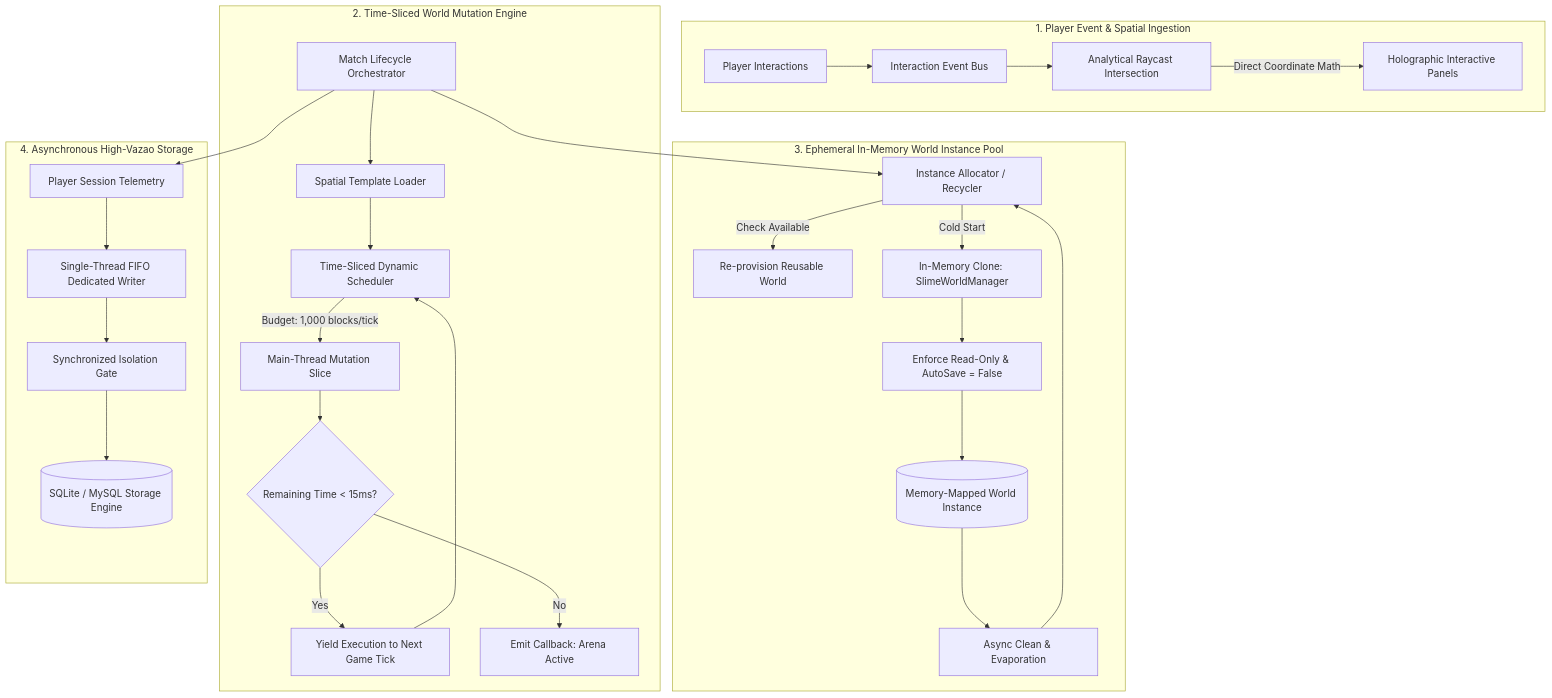
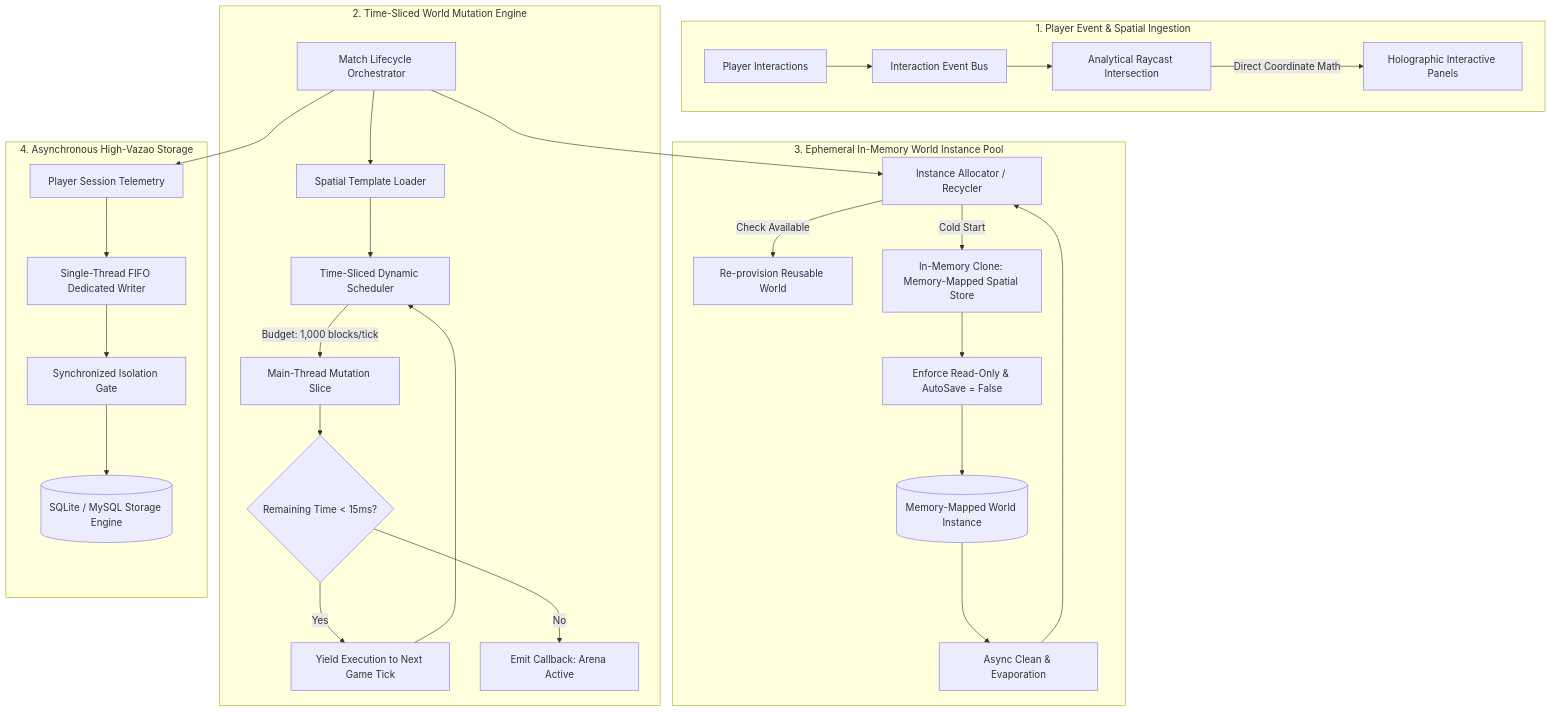
The diagram in README.md (MarcosKauanS/spatial-mutation-runtime), drawn with Mermaid before and after one commit. The commit also changed other lines of this file and 1 other file, not shown here.

````diff
--- a/README.md
+++ b/README.md
@@ -35,35 +35,35 @@
 ```mermaid
 flowchart TD
     subgraph ClientLayer["1. Player Event & Spatial Ingestion"]
         P1[Player Interactions] --> INPUT[Interaction Event Bus]
         INPUT --> RAY[Analytical Raycast Intersection]
         RAY -->|Direct Coordinate Math| GEOM[Holographic Interactive Panels]
     end
 
     subgraph MutationEngine["2. Time-Sliced World Mutation Engine"]
         MATCH[Match Lifecycle Orchestrator] --> SPRINT[Spatial Template Loader]
         SPRINT --> SLICER[Time-Sliced Dynamic Scheduler]
         SLICER -->|Budget: 1,000 blocks/tick| MUTATE[Main-Thread Mutation Slice]
         MUTATE --> TICK{Remaining Time < 15ms?}
         TICK -- Yes --> YIELD[Yield Execution to Next Game Tick]
         YIELD --> SLICER
         TICK -- No --> DONE[Emit Callback: Arena Active]
     end
 
     subgraph MemoryLifecycle["3. Ephemeral In-Memory World Instance Pool"]
         MATCH --> POOL[Instance Allocator / Recycler]
         POOL -->|Check Available| RECYCLE[Re-provision Reusable World]
-        POOL -->|Cold Start| SWM[In-Memory Clone: SlimeWorldManager]
+        POOL -->|Cold Start| SWM[In-Memory Clone: Memory-Mapped Spatial Store]
         SWM --> FORBID[Enforce Read-Only & AutoSave = False]
         FORBID --> MEM_RUN[(Memory-Mapped World Instance)]
         MEM_RUN --> TEARDOWN[Async Clean & Evaporation]
         TEARDOWN --> POOL
     end
 
     subgraph StoragePipeline["4. Asynchronous High-Vazao Storage"]
         MATCH --> DATA[Player Session Telemetry]
         DATA --> FIFO[Single-Thread FIFO Dedicated Writer]
         FIFO --> LOCK[Synchronized Isolation Gate]
         LOCK --> DB[(SQLite / MySQL Storage Engine)]
     end
 ```
````
